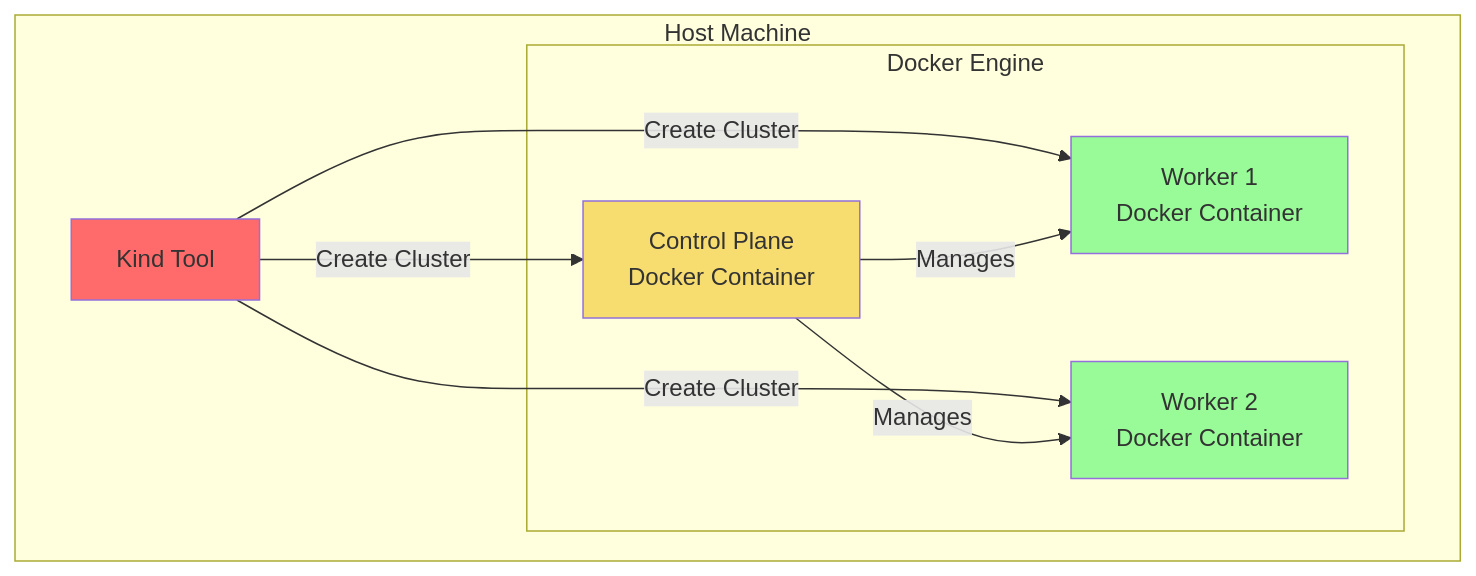
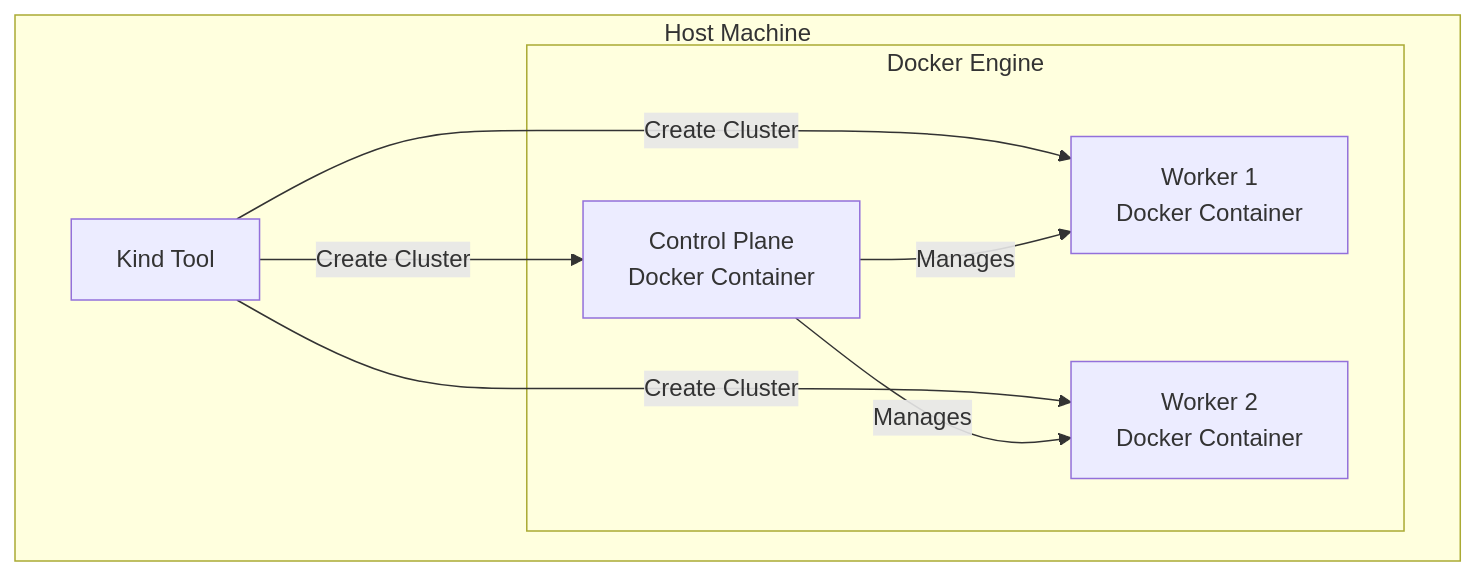
The second of 11 diagrams in docs/cicd/week3-jenkins-argocd.md (juwon8891/juwon8891.github.io), drawn with Mermaid before and after one commit. The commit also changed other lines of this file and 18 other files, not shown here.

Commit message:
Remove bright colors from Mermaid diagrams for dark mode compatibility

````diff
--- a/docs/cicd/week3-jenkins-argocd.md
+++ b/docs/cicd/week3-jenkins-argocd.md
@@ -139,24 +136,20 @@
 ```mermaid
 graph TB
     subgraph "Host Machine"
         KIND[Kind Tool]
 
         subgraph "Docker Engine"
             CP[Control Plane<br/>Docker Container]
             W1[Worker 1<br/>Docker Container]
             W2[Worker 2<br/>Docker Container]
         end
     end
 
     KIND -->|Create Cluster| CP
     KIND -->|Create Cluster| W1
     KIND -->|Create Cluster| W2
 
     CP -->|Manages| W1
     CP -->|Manages| W2
 
-    style KIND fill:#FF6B6B
-    style CP fill:#F7DC6F
-    style W1 fill:#98FB98
-    style W2 fill:#98FB98
 ```
````
